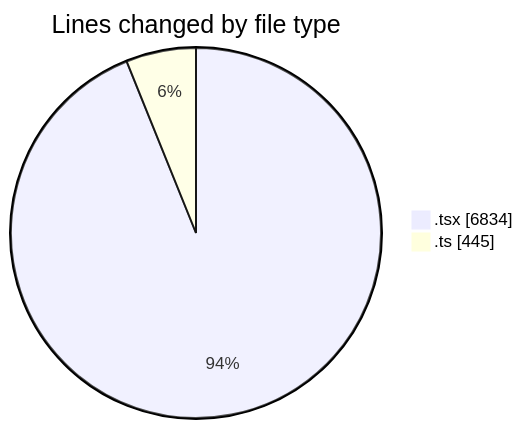
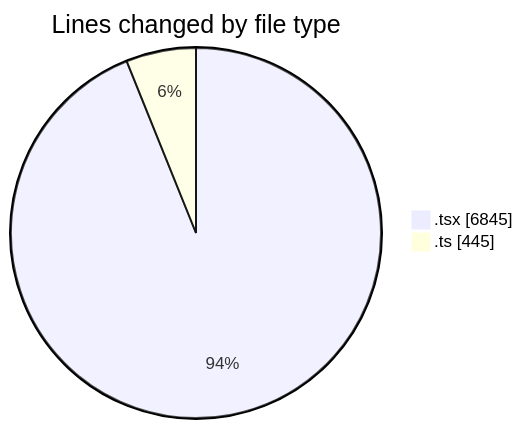
One commit to momahboobian/code-tracking changed the first of 2 diagrams in 2025-09-24/cda/README.md. Above: the diagram before and after it, drawn with Mermaid. The commit also changed other lines of this file and 1 other file, not shown here.

````diff
--- a/2025-09-24/cda/README.md
+++ b/2025-09-24/cda/README.md
@@ -36,6 +36,6 @@
 ```mermaid
 pie showData
 title Lines changed by file type
-".tsx" : 6834
+".tsx" : 6845
 ".ts" : 445
 ```
````
